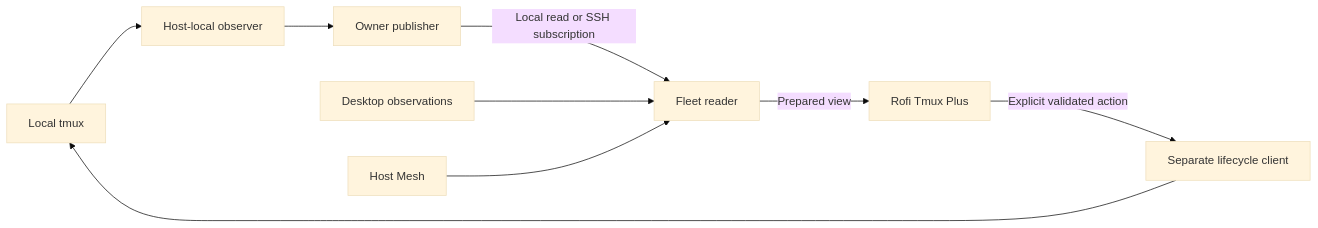
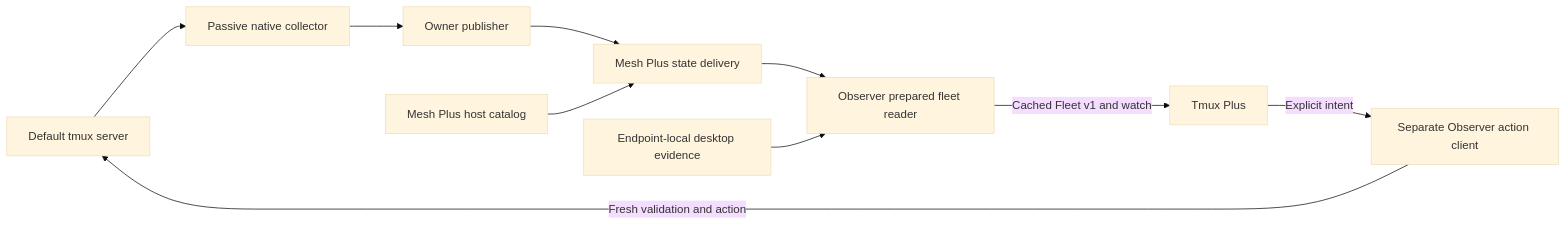
The diagram in README.md (byebyebryan/tmux-observer), drawn with Mermaid (base theme) before and after one commit. The commit also changed other lines of this file and 7 other files, not shown here.

````diff
--- a/README.md
+++ b/README.md
@@ -133,11 +33,12 @@
 ```mermaid
 flowchart LR
-    T[Local tmux] --> O[Host-local observer]
-    O --> P[Owner publisher]
-    P -->|Local read or SSH subscription| M[Fleet reader]
-    D[Desktop observations] --> M
-    H[Host Mesh] --> M
-    M -->|Prepared view| R[Rofi Tmux Plus]
-    R -->|Explicit validated action| W[Separate lifecycle client]
-    W --> T
+    T[Default tmux server] --> C[Passive native collector]
+    C --> O[Owner publisher]
+    O --> M[Mesh Plus state delivery]
+    H[Mesh Plus host catalog] --> M
+    M --> F[Observer prepared fleet reader]
+    D[Endpoint-local desktop evidence] --> F
+    F -->|Cached Fleet v1 and watch| U[Tmux Plus]
+    U -->|Explicit intent| A[Separate Observer action client]
+    A -->|Fresh validation and action| T
 ```
````
